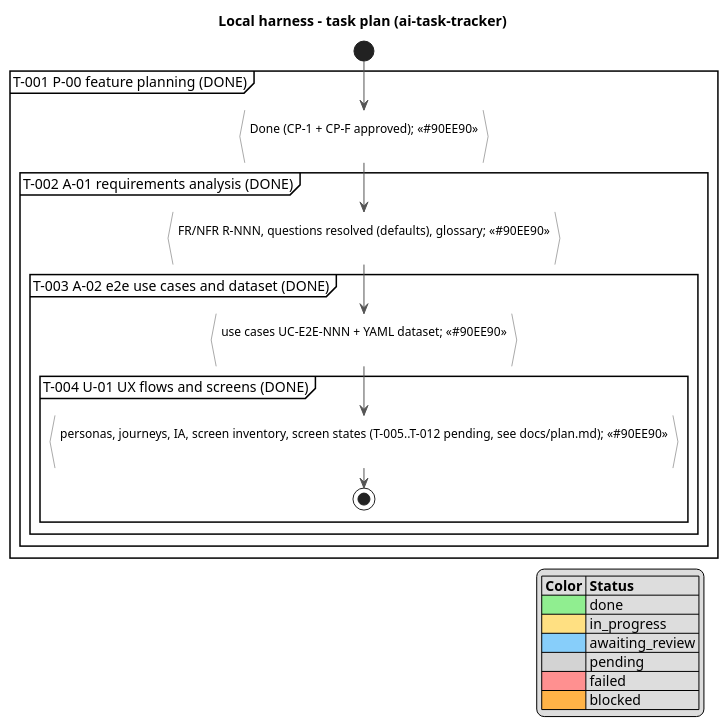
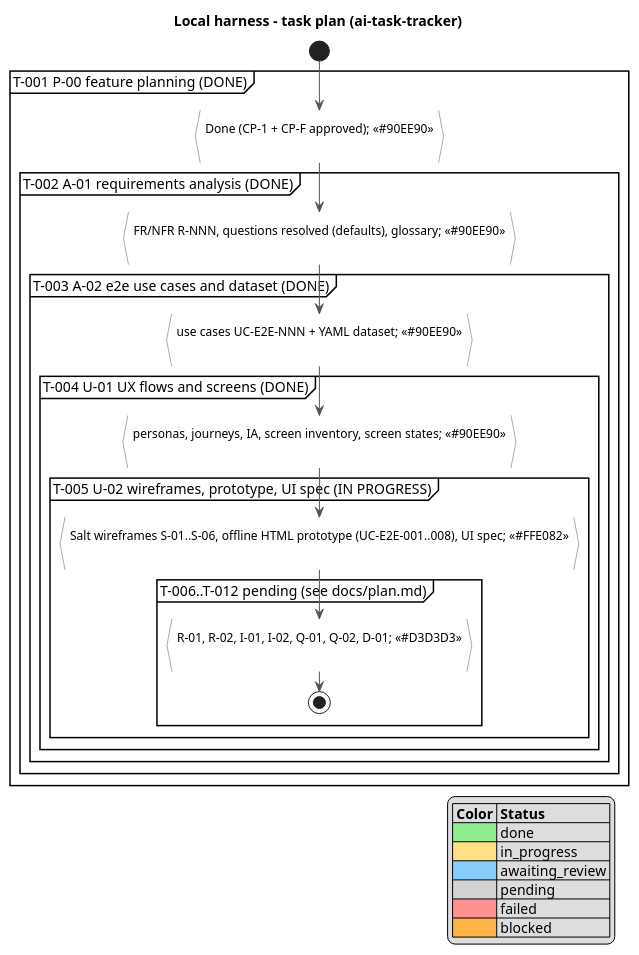
Before and after one commit to serge-sasov/ai-task-tracker: the diagram in docs/activity.puml, drawn with PlantUML. The commit also changed 3 other files, not shown here.

Commit message:
T-005: started (U-02 UX wireframes, prototype, UI spec)

```diff
--- a/docs/activity.puml
+++ b/docs/activity.puml
@@ -1,32 +1,38 @@
 @startuml
 skinparam defaultFontName Segoe UI
 skinparam ActivityBackgroundColor #FFFFFF
 skinparam ActivityBorderColor #555555
 skinparam ArrowColor #555555
 title Local harness - task plan (ai-task-tracker)
 
 start
 partition "T-001 P-00 feature planning (DONE)" {
   :Done (CP-1 + CP-F approved); <<#90EE90>>
 }
 partition "T-002 A-01 requirements analysis (DONE)" {
   :FR/NFR R-NNN, questions resolved (defaults), glossary; <<#90EE90>>
 }
 partition "T-003 A-02 e2e use cases and dataset (DONE)" {
   :use cases UC-E2E-NNN + YAML dataset; <<#90EE90>>
 }
 partition "T-004 U-01 UX flows and screens (DONE)" {
-  :personas, journeys, IA, screen inventory, screen states (T-005..T-012 pending, see docs/plan.md); <<#90EE90>>
+  :personas, journeys, IA, screen inventory, screen states; <<#90EE90>>
+}
+partition "T-005 U-02 wireframes, prototype, UI spec (IN PROGRESS)" {
+  :Salt wireframes S-01..S-06, offline HTML prototype (UC-E2E-001..008), UI spec; <<#FFE082>>
+}
+partition "T-006..T-012 pending (see docs/plan.md)" {
+  :R-01, R-02, I-01, I-02, Q-01, Q-02, D-01; <<#D3D3D3>>
 }
 stop
 
 legend right
  |= Color |= Status |
  |<#90EE90>| done |
  |<#FFE082>| in_progress |
  |<#87CEFA>| awaiting_review |
  |<#D3D3D3>| pending |
  |<#FF9090>| failed |
  |<#FFB347>| blocked |
 endlegend
 @enduml
```
